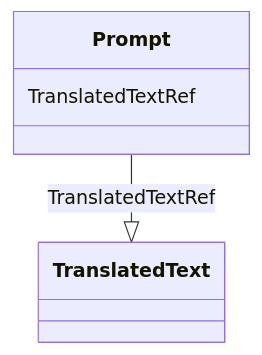
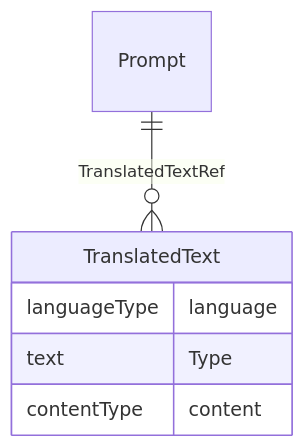
The diagram in docs/Prompt.md (cdisc-org/DataExchange-ODM-LinkML), drawn with Mermaid before and after one commit. The commit also changed other lines of this file and 181 other files, not shown here.

Commit message:
ER diagrams working via templates and removing names with underscores

````diff
--- a/docs/Prompt.md
+++ b/docs/Prompt.md
@@ -14,9 +11,14 @@
 ```mermaid
- classDiagram
-    class Prompt
-      Prompt : TranslatedTextRef
-        
-          Prompt --|> TranslatedText : TranslatedTextRef
-        
-      
+erDiagram
+Prompt {
+
+}
+TranslatedText {
+    languageType language  
+    text Type  
+    contentType content  
+}
+
+Prompt ||--}o TranslatedText : "TranslatedTextRef"
+
 ```
````
